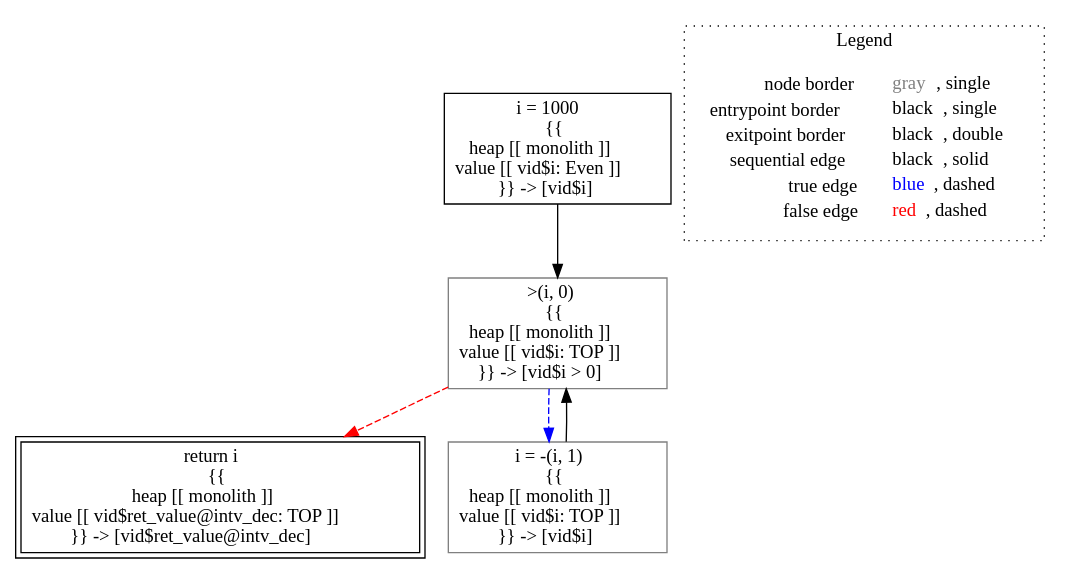
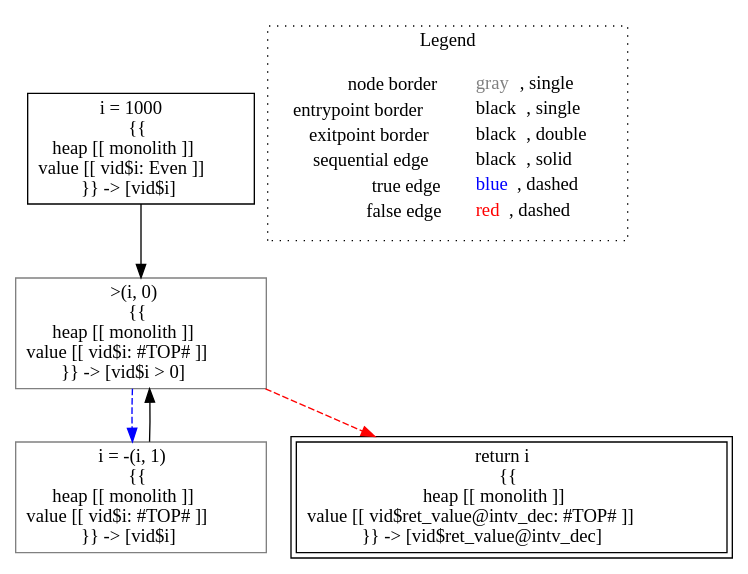
Before and after one commit to lisa-analyzer/lisa: the diagram in lisa/imp-testcases/numeric/parity/analysis___untyped_tutorial.intv_dec().dot, drawn with Graphviz. The commit also changed 30 other files, not shown here.

```diff
--- a/lisa/imp-testcases/numeric/parity/analysis___untyped_tutorial.intv_dec().dot
+++ b/lisa/imp-testcases/numeric/parity/analysis___untyped_tutorial.intv_dec().dot
@@ -1,17 +1,17 @@
 digraph {
 	"node0" [shape="rect",color="black",label=<i = 1000<BR/>{{<BR/>heap [[ monolith ]]<BR/>value [[ vid$i: Even ]]<BR/>}} -&gt; [vid$i]>];
-	"node1" [shape="rect",color="gray",label=<&gt;(i, 0)<BR/>{{<BR/>heap [[ monolith ]]<BR/>value [[ vid$i: TOP ]]<BR/>}} -&gt; [vid$i &gt; 0]>];
-	"node2" [shape="rect",color="black",peripheries="2",label=<return i<BR/>{{<BR/>heap [[ monolith ]]<BR/>value [[ vid$ret_value@intv_dec: TOP ]]<BR/>}} -&gt; [vid$ret_value@intv_dec]>];
-	"node3" [shape="rect",color="gray",label=<i = -(i, 1)<BR/>{{<BR/>heap [[ monolith ]]<BR/>value [[ vid$i: TOP ]]<BR/>}} -&gt; [vid$i]>];
-	"node0" -> "node1" [color="black"];
-	"node1" -> "node2" [color="red",style="dashed"];
-	"node1" -> "node3" [color="blue",style="dashed"];
-	"node3" -> "node1" [color="black"];
+	"node1" [shape="rect",color="gray",label=<i = -(i, 1)<BR/>{{<BR/>heap [[ monolith ]]<BR/>value [[ vid$i: #TOP# ]]<BR/>}} -&gt; [vid$i]>];
+	"node2" [shape="rect",color="black",peripheries="2",label=<return i<BR/>{{<BR/>heap [[ monolith ]]<BR/>value [[ vid$ret_value@intv_dec: #TOP# ]]<BR/>}} -&gt; [vid$ret_value@intv_dec]>];
+	"node3" [shape="rect",color="gray",label=<&gt;(i, 0)<BR/>{{<BR/>heap [[ monolith ]]<BR/>value [[ vid$i: #TOP# ]]<BR/>}} -&gt; [vid$i &gt; 0]>];
+	"node1" -> "node3" [color="black"];
+	"node0" -> "node3" [color="black"];
+	"node3" -> "node1" [color="blue",style="dashed"];
+	"node3" -> "node2" [color="red",style="dashed"];
 subgraph cluster_legend {
 	label="Legend";
 	style=dotted;
 	node [shape=plaintext];
 	"legend" [label=<<table border="0" cellpadding="2" cellspacing="0" cellborder="0"><tr><td align="right">node border&nbsp;</td><td align="left"><font color="gray">gray</font>, single</td></tr><tr><td align="right">entrypoint border&nbsp;</td><td align="left"><font color="black">black</font>, single</td></tr><tr><td align="right">exitpoint border&nbsp;</td><td align="left"><font color="black">black</font>, double</td></tr><tr><td align="right">sequential edge&nbsp;</td><td align="left"><font color="black">black</font>, solid</td></tr><tr><td align="right">true edge&nbsp;</td><td align="left"><font color="blue">blue</font>, dashed</td></tr><tr><td align="right">false edge&nbsp;</td><td align="left"><font color="red">red</font>, dashed</td></tr></table>>];
 }
 
 }
```
